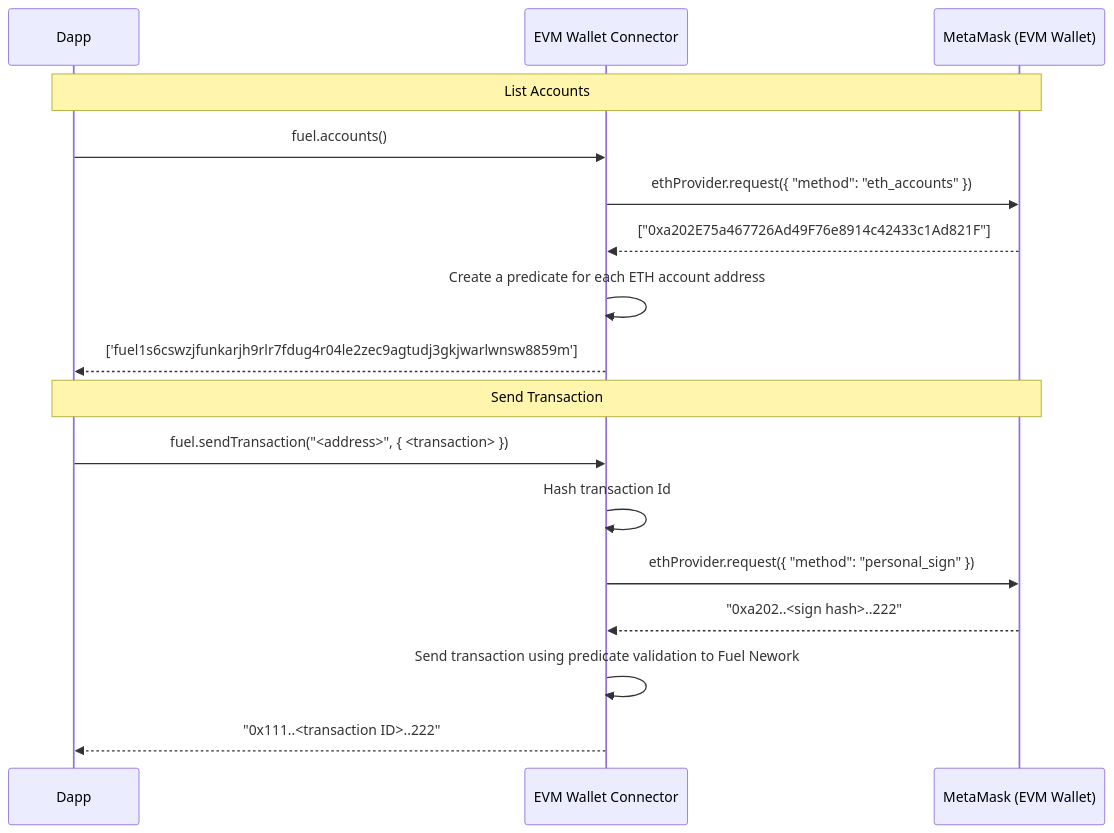
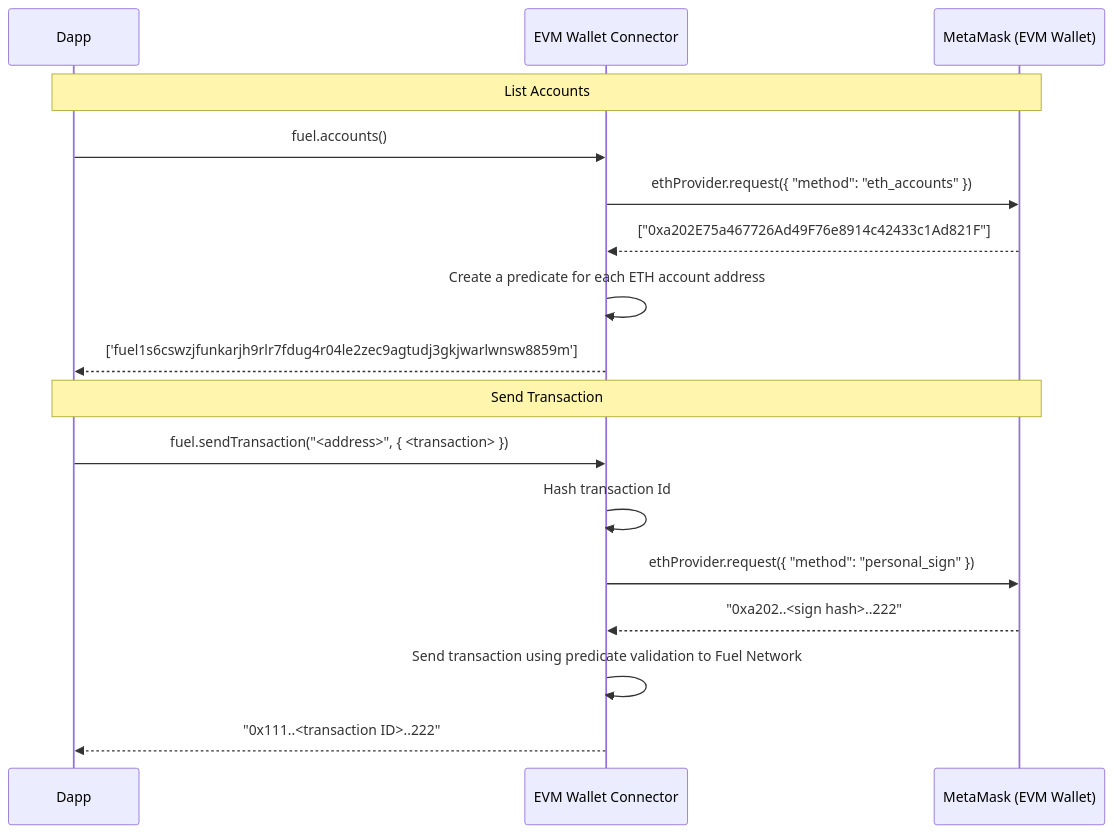
One commit to FuelLabs/fuel-connectors changed the diagram in packages/evm-connector/README.md. Above: the diagram before and after it, drawn with Mermaid. The commit also changed 2 other files, not shown here.

Commit message:
docs: fix typos

````diff
--- a/packages/evm-connector/README.md
+++ b/packages/evm-connector/README.md
@@ -7,21 +7,21 @@
 ```mermaid
 sequenceDiagram
     participant A as Dapp
     participant B as EVM Wallet Connector
     participant C as MetaMask (EVM Wallet)
 
     note over A,C: List Accounts
     A->>B: fuel.accounts()
     B->>C: ethProvider.request({ "method": "eth_accounts" })
     C-->>B: ["0xa202E75a467726Ad49F76e8914c42433c1Ad821F"]
     B->>B: Create a predicate for each ETH account address
     B-->>A: ['fuel1s6cswzjfunkarjh9rlr7fdug4r04le2zec9agtudj3gkjwarlwnsw8859m']
 
     note over A,C: Send Transaction
     A->>B: fuel.sendTransaction("<address>", { <transaction> })
     B->>B: Hash transaction Id
     B->>C: ethProvider.request({ "method": "personal_sign" })
     C-->>B: "0xa202..<sign hash>..222"
-    B->>B: Send transaction using predicate validation to Fuel Nework
+    B->>B: Send transaction using predicate validation to Fuel Network
     B-->>A: "0x111..<transaction ID>..222"
 ```
````
